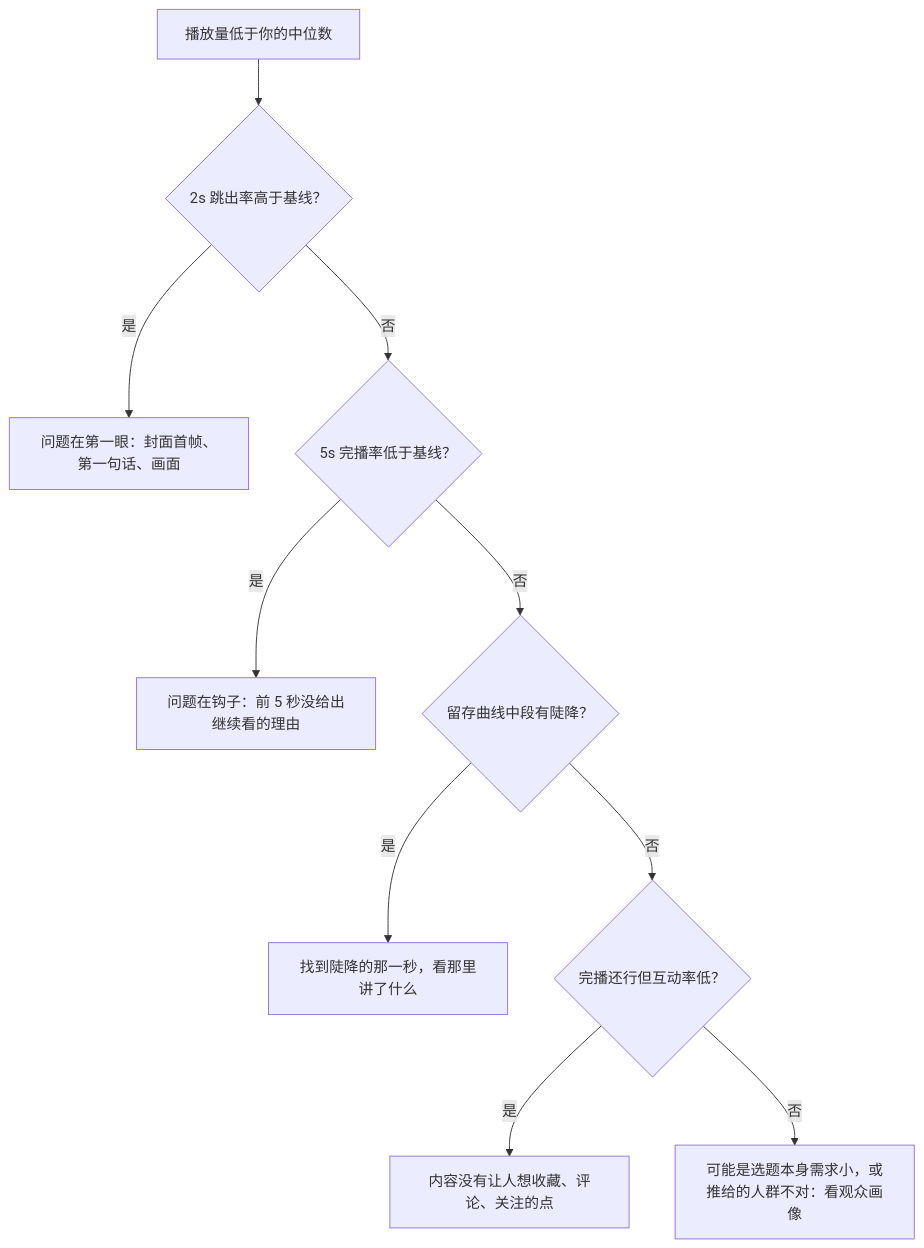
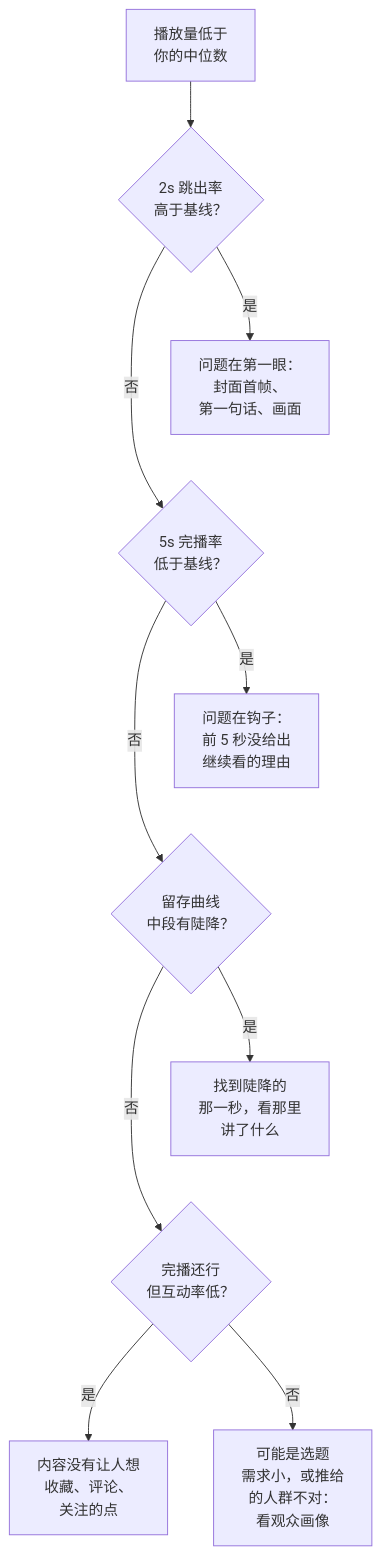
One commit to jarvis-pro/hatch-shelf changed the diagram in books/douyin-kuaishou/03-metrics-dashboard.md. Above: the diagram before and after it, drawn with Mermaid. The commit also changed 432 other files, not shown here.

````diff
--- a/books/douyin-kuaishou/03-metrics-dashboard.md
+++ b/books/douyin-kuaishou/03-metrics-dashboard.md
@@ -81,12 +81,15 @@
 ```mermaid
 flowchart TD
-  A["播放量低于你的中位数"] --> B{"2s 跳出率高于基线？"}
-  B -->|"是"| B1["问题在第一眼：封面首帧、第一句话、画面"]
-  B -->|"否"| C{"5s 完播率低于基线？"}
-  C -->|"是"| C1["问题在钩子：前 5 秒没给出继续看的理由"]
-  C -->|"否"| D{"留存曲线中段有陡降？"}
-  D -->|"是"| D1["找到陡降的那一秒，看那里讲了什么"]
-  D -->|"否"| E{"完播还行但互动率低？"}
-  E -->|"是"| E1["内容没有让人想收藏、评论、关注的点"]
-  E -->|"否"| F["可能是选题本身需求小，或推给的人群不对：看观众画像"]
+  A["播放量低于<br/>你的中位数"] --> B{"2s 跳出率<br/>高于基线？"}
+  B -->|"是"| B1["问题在第一眼：<br/>封面首帧、<br/>第一句话、画面"]
+  B -->|"否"| C{"5s 完播率<br/>低于基线？"}
+  C -->|"是"| C1["问题在钩子：<br/>前 5 秒没给出<br/>继续看的理由"]
+  C -->|"否"| D{"留存曲线<br/>中段有陡降？"}
+  D -->|"是"| D1["找到陡降的<br/>那一秒，看那里<br/>讲了什么"]
+  D -->|"否"| E{"完播还行<br/>但互动率低？"}
+  E -->|"是"| E1["内容没有让人想<br/>收藏、评论、<br/>关注的点"]
+  E -->|"否"| F["可能是选题<br/>需求小，或推给<br/>的人群不对：<br/>看观众画像"]
+  B1 ~~~ C
+  C1 ~~~ D
+  D1 ~~~ E
 ```
````
